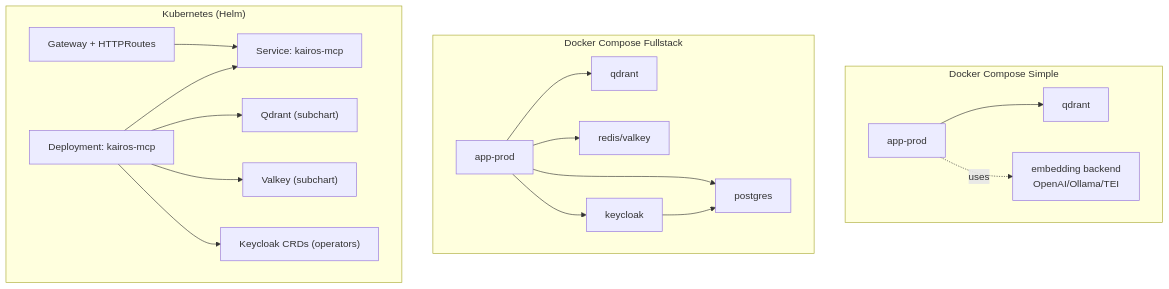
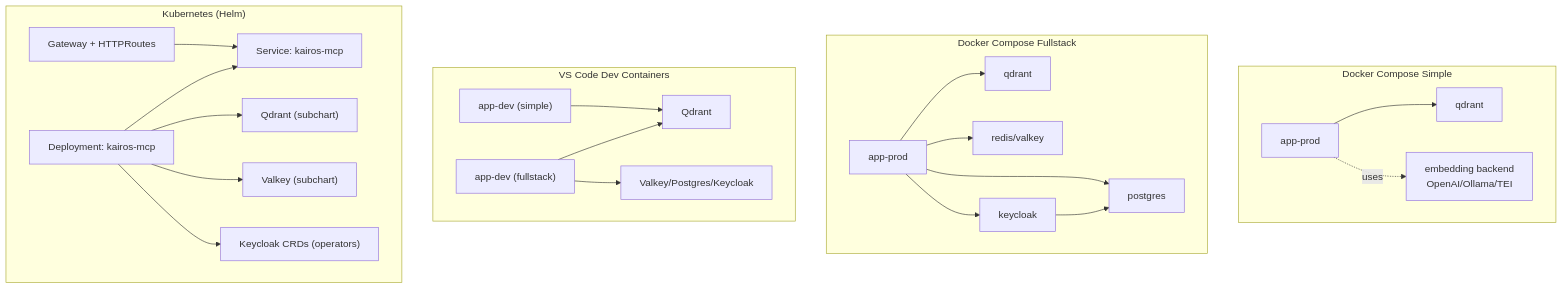
One commit to debian777/kairos-mcp changed the second of 7 diagrams in .qoder/repowiki/en/content/Project Overview/Installation Options.md. Above: the diagram before and after it, drawn with Mermaid. The commit also changed other lines of this file and 16 other files, not shown here.

````diff
--- a/.qoder/repowiki/en/content/Project Overview/Installation Options.md
+++ b/.qoder/repowiki/en/content/Project Overview/Installation Options.md
@@ -102,35 +127,44 @@
 ```mermaid
 graph TB
 subgraph "Docker Compose Simple"
 S1["app-prod"]
 S2["qdrant"]
 S3["embedding backend<br/>OpenAI/Ollama/TEI"]
 S1 --> S2
 S1 -. uses .-> S3
 end
 subgraph "Docker Compose Fullstack"
 F1["app-prod"]
 F2["qdrant"]
 F3["redis/valkey"]
 F4["postgres"]
 F5["keycloak"]
 F1 --> F2
 F1 --> F3
 F1 --> F4
 F1 --> F5
 F5 --> F4
 end
+subgraph "VS Code Dev Containers"
+D1["app-dev (simple)"]
+D2["app-dev (fullstack)"]
+D3["Qdrant"]
+D4["Valkey/Postgres/Keycloak"]
+D1 --> D3
+D2 --> D3
+D2 --> D4
+end
 subgraph "Kubernetes (Helm)"
 H1["Deployment: kairos-mcp"]
 H2["Service: kairos-mcp"]
 H3["Qdrant (subchart)"]
 H4["Valkey (subchart)"]
 H5["Keycloak CRDs (operators)"]
 H6["Gateway + HTTPRoutes"]
 H1 --> H2
 H1 --> H3
 H1 --> H4
 H1 --> H5
 H6 --> H2
 end
 ```
````
